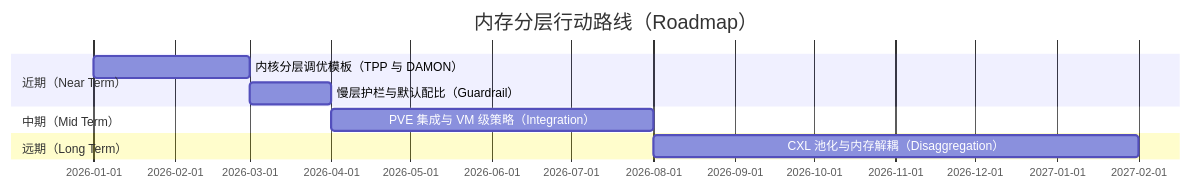
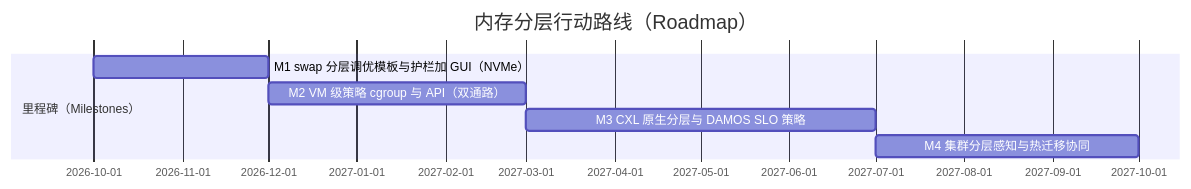
The first of 4 diagrams in docs/harness-sop/examples/memory-tiring-p2v/report.md (turtacn/storm), drawn with Mermaid before and after one commit. The commit also changed other lines of this file and 7 other files, not shown here.

````diff
--- a/docs/harness-sop/examples/memory-tiring-p2v/report.md
+++ b/docs/harness-sop/examples/memory-tiring-p2v/report.md
@@ -123,13 +152,11 @@
 ```mermaid
 gantt
-    %% Proxmox 内存分层行动路线
+    %% Proxmox 内存分层行动路线（自 2026-10 起）
     title 内存分层行动路线（Roadmap）
     dateFormat YYYY-MM
-    section 近期（Near Term）
-    内核分层调优模板（TPP 与 DAMON） :a1, 2026-01, 2M
-    慢层护栏与默认配比（Guardrail） :a2, after a1, 1M
-    section 中期（Mid Term）
-    PVE 集成与 VM 级策略（Integration） :a3, after a2, 4M
-    section 远期（Long Term）
-    CXL 池化与内存解耦（Disaggregation） :a4, after a3, 6M
+    section 里程碑（Milestones）
+    M1 swap 分层调优模板与护栏加 GUI（NVMe） :m1, 2026-10, 2M
+    M2 VM 级策略 cgroup 与 API（双通路） :m2, after m1, 3M
+    M3 CXL 原生分层与 DAMOS SLO 策略 :m3, after m2, 4M
+    M4 集群分层感知与热迁移协同 :m4, after m3, 3M
 ```
````
